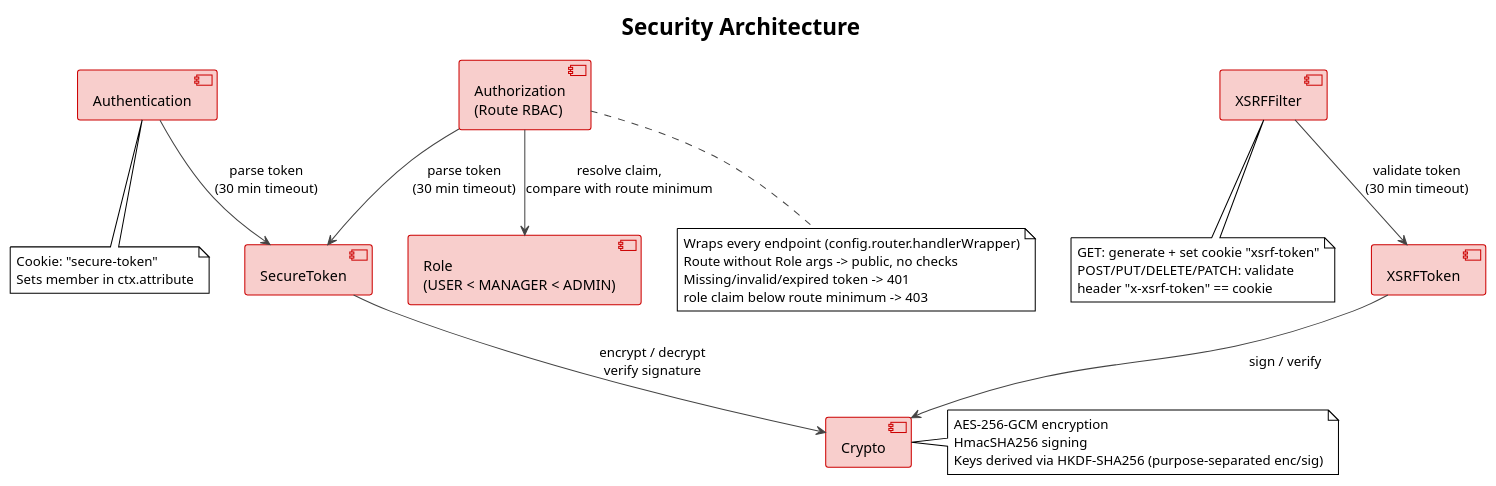
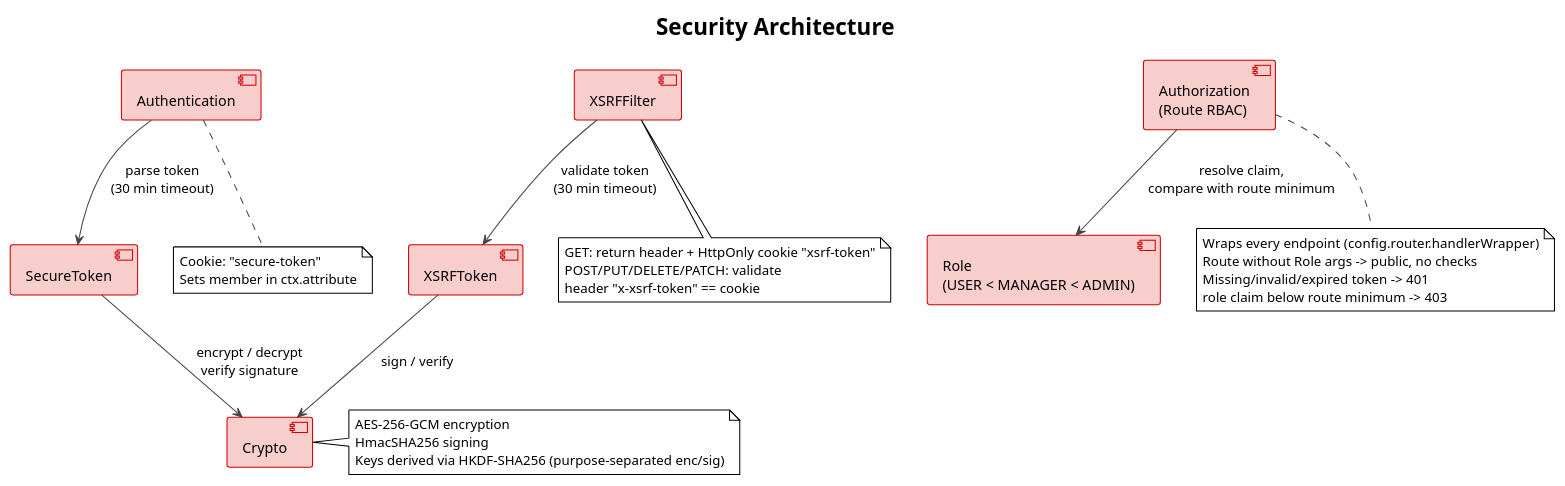
Before and after one commit to batzorigt/rest-api-template: the sixth of 8 diagrams in docs/architecture.md, drawn with PlantUML. The commit also changed other lines of this file and 73 other files, not shown here.

````diff
--- a/docs/architecture.md
+++ b/docs/architecture.md
@@ -297,52 +294,51 @@
 ```plantuml
 @startuml Security
 !theme plain
 title Security Architecture
 
 skinparam component {
   BorderColor #cc0000
   BackgroundColor #f8cecc
 }
 skinparam ArrowColor #444444
 
 component "Authentication" as auth
 component "Authorization\n(Route RBAC)" as authz
 component "Role\n(USER < MANAGER < ADMIN)" as role
 component "XSRFFilter" as xsrf
 component "SecureToken" as st
 component "XSRFToken" as xt
 component "Crypto" as crypto
 
 note right of crypto
   AES-256-GCM encryption
   HmacSHA256 signing
   Keys derived via HKDF-SHA256 (purpose-separated enc/sig)
 end note
 
-authz --> st : parse token\n(30 min timeout)
 authz --> role : resolve claim,\ncompare with route minimum
 auth --> st : parse token\n(30 min timeout)
 xsrf --> xt : validate token\n(30 min timeout)
 st --> crypto : encrypt / decrypt\nverify signature
 xt --> crypto : sign / verify
 
 note bottom of authz
   Wraps every endpoint (config.router.handlerWrapper)
   Route without Role args -> public, no checks
   Missing/invalid/expired token -> 401
   role claim below route minimum -> 403
 end note
 
 note bottom of auth
   Cookie: "secure-token"
   Sets member in ctx.attribute
 end note
 
 note bottom of xsrf
-  GET: generate + set cookie "xsrf-token"
+  GET: return header + HttpOnly cookie "xsrf-token"
   POST/PUT/DELETE/PATCH: validate
   header "x-xsrf-token" == cookie
 end note
 
 @enduml
 ```
````
